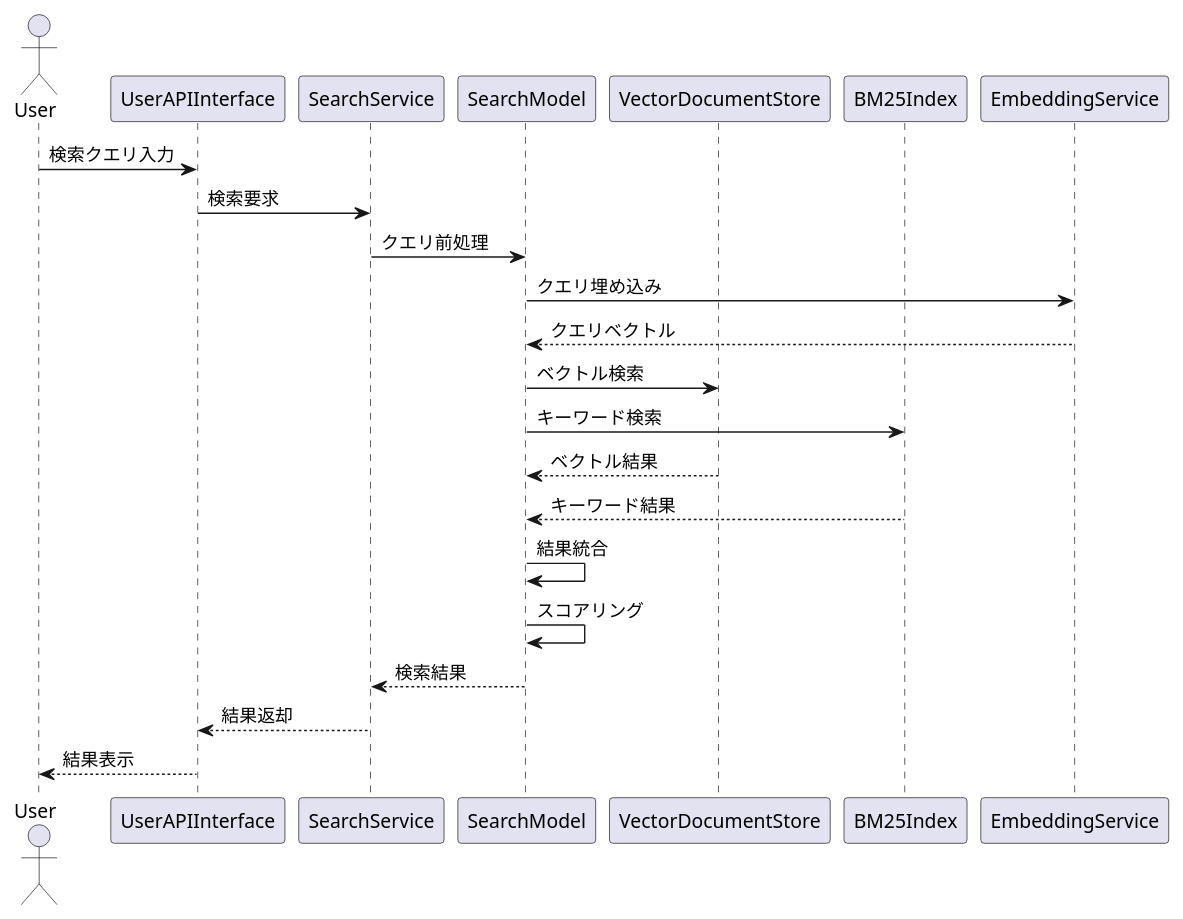
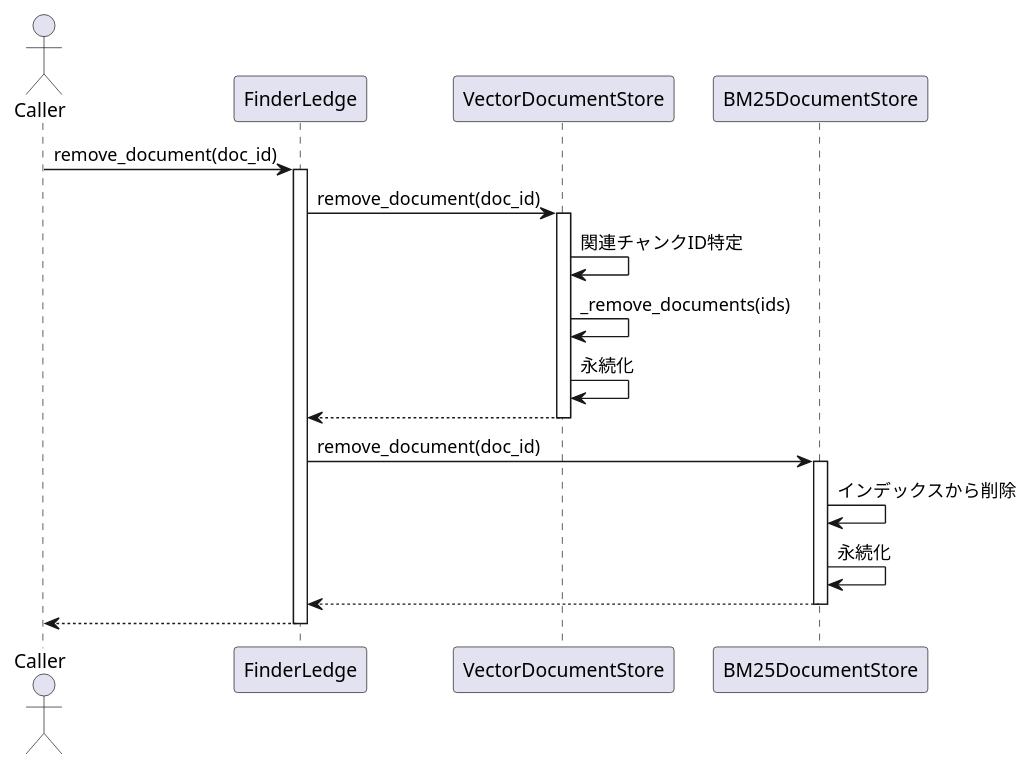
Before and after one commit to kitfactory/findaledge: the third of 6 diagrams in docs/function_spec.md, drawn with PlantUML. The commit also changed other lines of this file and 3 other files, not shown here.

````diff
--- a/docs/function_spec.md
+++ b/docs/function_spec.md
@@ -120,26 +141,29 @@
 ```plantuml
 @startuml
-actor User
-participant "UserAPIInterface" as API
-participant "SearchService" as SS
-participant "SearchModel" as SM
-participant "VectorDocumentStore" as VS
-participant "BM25Index" as BM25
-participant "EmbeddingService" as ES
+actor Caller
+participant "FinderLedge" as Ledge
+participant "VectorDocumentStore" as VecStore
+participant "BM25DocumentStore" as KWStore
 
-User -> API: 検索クエリ入力
-API -> SS: 検索要求
-SS -> SM: クエリ前処理
-SM -> ES: クエリ埋め込み
-ES --> SM: クエリベクトル
-SM -> VS: ベクトル検索
-SM -> BM25: キーワード検索
-VS --> SM: ベクトル結果
-BM25 --> SM: キーワード結果
-SM -> SM: 結果統合
-SM -> SM: スコアリング
-SM --> SS: 検索結果
-SS --> API: 結果返却
-API --> User: 結果表示
+Caller -> Ledge : remove_document(doc_id)
+activate Ledge
+
+Ledge -> VecStore : remove_document(doc_id)
+activate VecStore
+VecStore -> VecStore : 関連チャンクID特定
+VecStore -> VecStore : _remove_documents(ids)
+VecStore -> VecStore : 永続化
+VecStore --> Ledge
+deactivate VecStore
+
+Ledge -> KWStore : remove_document(doc_id)
+activate KWStore
+KWStore -> KWStore : インデックスから削除
+KWStore -> KWStore : 永続化
+KWStore --> Ledge
+deactivate KWStore
+
+Ledge --> Caller
+deactivate Ledge
 @enduml
 ```
````
